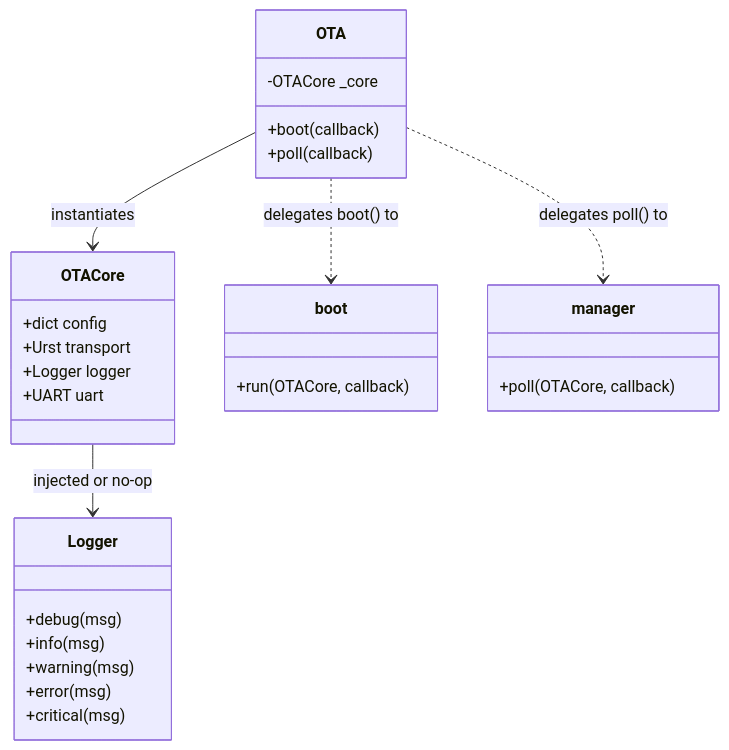
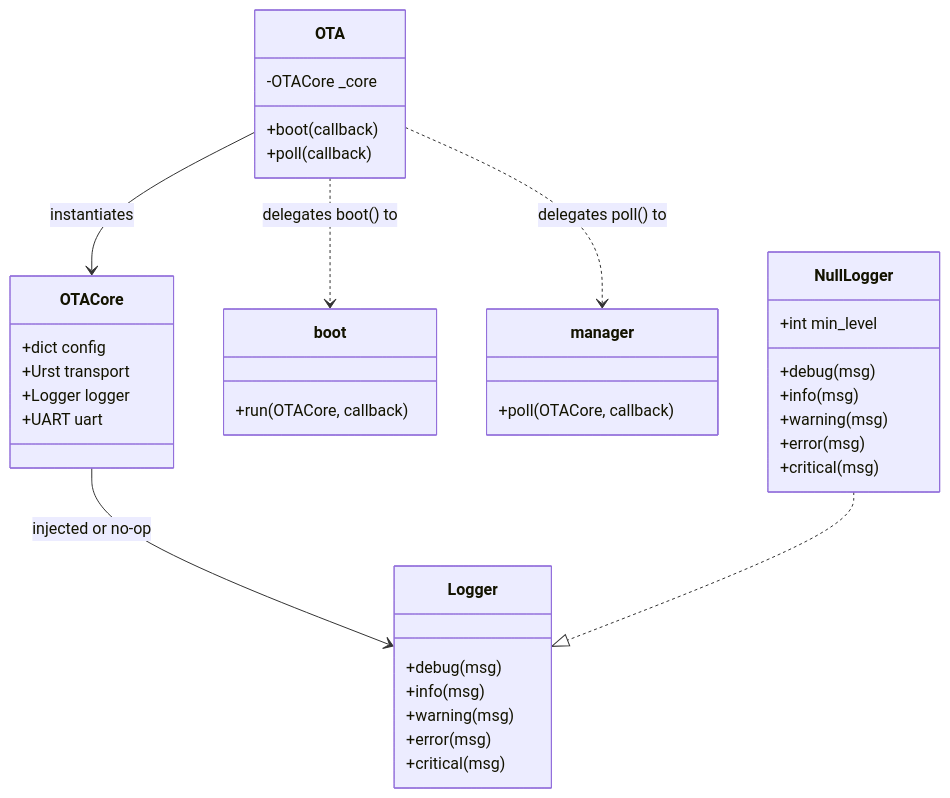
One commit to simonl65/otampy changed the diagram in docs/architecture.md. Above: the diagram before and after it, drawn with Mermaid. The commit also changed other lines of this file and 9 other files, not shown here.

````diff
--- a/docs/architecture.md
+++ b/docs/architecture.md
@@ -30,36 +30,46 @@
 ```mermaid
 classDiagram
     class OTA {
         -OTACore _core
         +boot(callback)
         +poll(callback)
     }
 
     class OTACore {
         +dict config
         +Urst transport
         +Logger logger
         +UART uart
     }
 
     class boot {
         +run(OTACore, callback)
     }
 
     class manager {
         +poll(OTACore, callback)
     }
 
     class Logger {
         +debug(msg)
         +info(msg)
         +warning(msg)
         +error(msg)
         +critical(msg)
     }
 
+    class NullLogger {
+        +int min_level
+        +debug(msg)
+        +info(msg)
+        +warning(msg)
+        +error(msg)
+        +critical(msg)
+    }
+
     OTA --> OTACore : instantiates
     OTA ..> boot : delegates boot() to
     OTA ..> manager : delegates poll() to
     OTACore --> Logger : injected or no-op
+    NullLogger ..|> Logger
 ```
````
